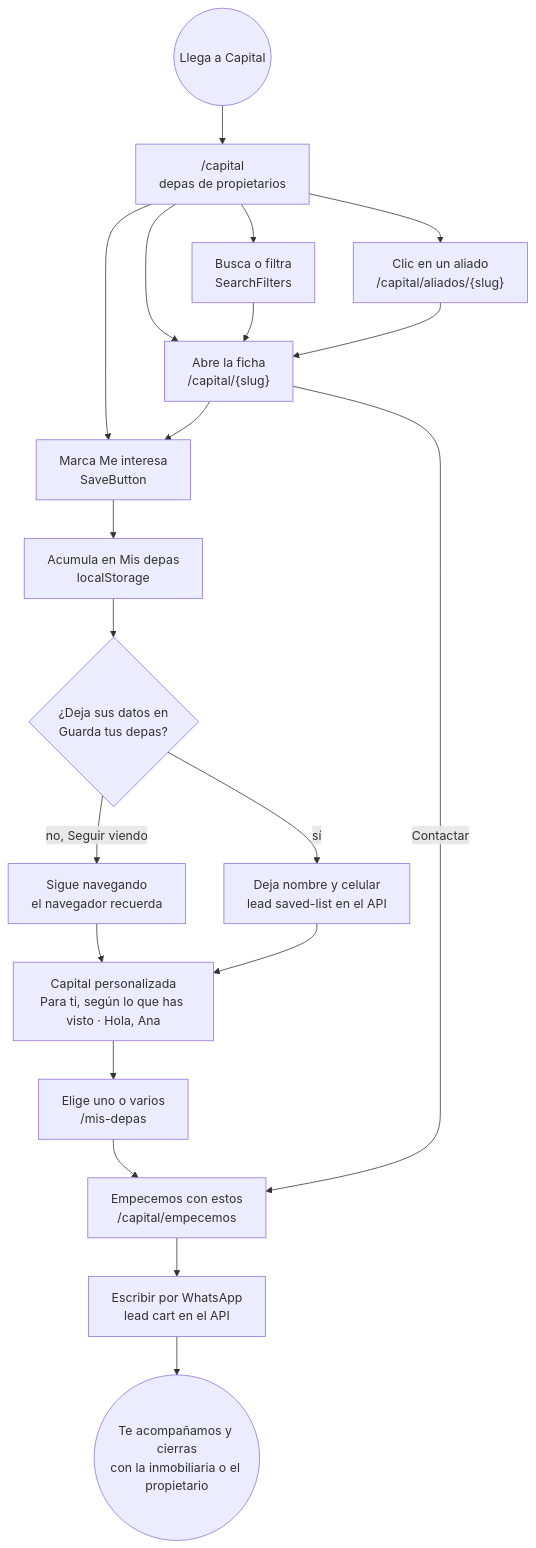
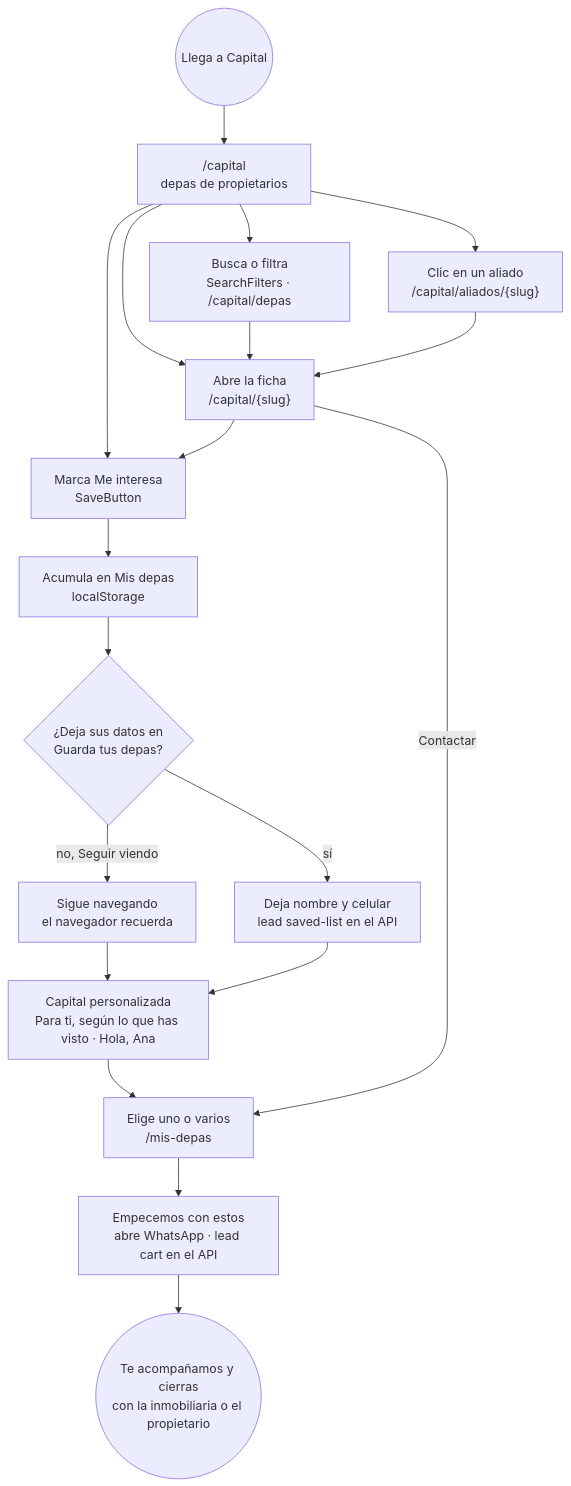
The first of 18 diagrams in docs/plataforma/05-flujos.md (samirharrytl/DHC_landing), drawn with Mermaid before and after one commit. The commit also changed other lines of this file and 86 other files, not shown here.

````diff
--- a/docs/plataforma/05-flujos.md
+++ b/docs/plataforma/05-flujos.md
@@ -33,32 +33,31 @@
 ```mermaid
 flowchart TB
     START(("Llega a Capital"))
     HOME["/capital<br/>depas de propietarios"]
-    BUSCA["Busca o filtra<br/>SearchFilters"]
+    BUSCA["Busca o filtra<br/>SearchFilters · /capital/depas"]
     FICHA["Abre la ficha<br/>/capital/{slug}"]
     MARCA["Marca Me interesa<br/>SaveButton"]
     ALIADO["Clic en un aliado<br/>/capital/aliados/{slug}"]
     ACUM["Acumula en Mis depas<br/>localStorage"]
     DEC{"¿Deja sus datos en<br/>Guarda tus depas?"}
     NAV["Sigue navegando<br/>el navegador recuerda"]
     REG["Deja nombre y celular<br/>lead saved-list en el API"]
     PERS["Capital personalizada<br/>Para ti, según lo que has visto · Hola, Ana"]
     ELIGE["Elige uno o varios<br/>/mis-depas"]
-    EMP["Empecemos con estos<br/>/capital/empecemos"]
-    WA["Escribir por WhatsApp<br/>lead cart en el API"]
+    WA["Empecemos con estos<br/>abre WhatsApp · lead cart en el API"]
     CIERRE(("Te acompañamos y cierras<br/>con la inmobiliaria o el propietario"))
 
     START --> HOME
     HOME --> BUSCA & FICHA & MARCA & ALIADO
     BUSCA --> FICHA
     ALIADO --> FICHA
     FICHA --> MARCA
     MARCA --> ACUM
     ACUM --> DEC
     DEC -- "no, Seguir viendo" --> NAV
     DEC -- "sí" --> REG
     NAV --> PERS
     REG --> PERS
-    PERS --> ELIGE --> EMP --> WA --> CIERRE
-    FICHA -- "Contactar" --> EMP
+    PERS --> ELIGE --> WA --> CIERRE
+    FICHA -- "Contactar" --> ELIGE
 ```
````
